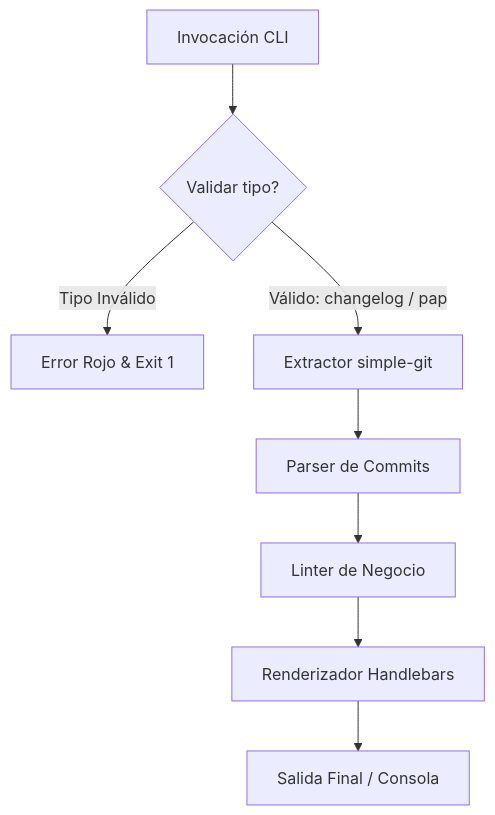
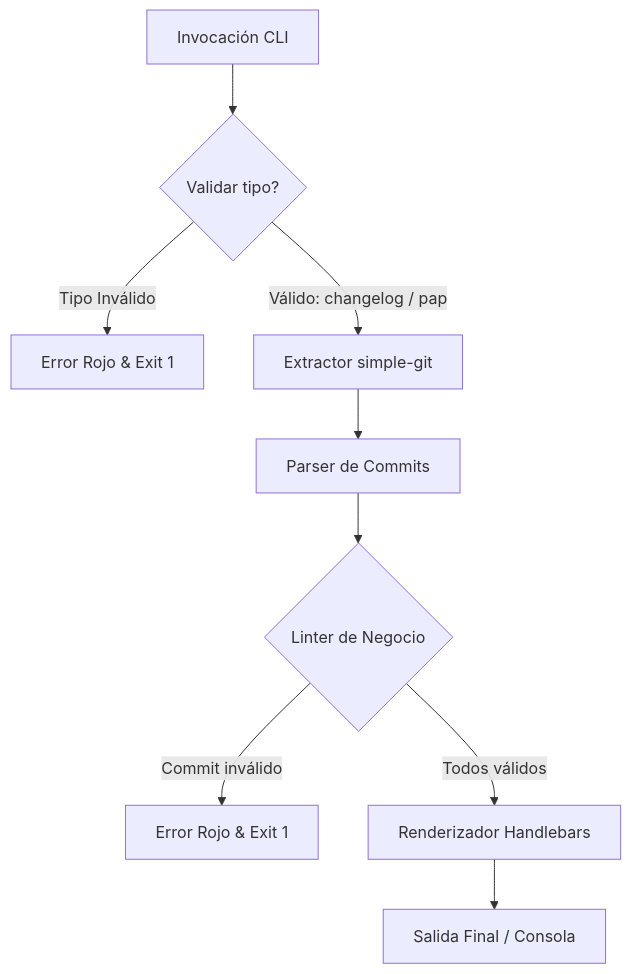
The diagram in README.md (josewebcreator/my-gitdoc), drawn with Mermaid before and after one commit. The commit also changed other lines of this file and 4 other files, not shown here.

````diff
--- a/README.md
+++ b/README.md
@@ -95,10 +169,11 @@
 ```mermaid
 graph TD
     A[Invocación CLI] --> B{Validar tipo?}
-    B -->|Tipo Inválido| C[Error Rojo & Exit 1]
-    B -->|Válido: changelog / pap| D[Extractor simple-git]
+    B --> |Tipo Inválido| C[Error Rojo & Exit 1]
+    B --> |Válido: changelog / pap| D[Extractor simple-git]
     D --> E[Parser de Commits]
-    E --> F[Linter de Negocio]
-    F --> G[Renderizador Handlebars]
-    G --> H[Salida Final / Consola]
+    E --> F{Linter de Negocio}
+    F --> |Commit inválido| G[Error Rojo & Exit 1]
+    F --> |Todos válidos| H[Renderizador Handlebars]
+    H --> I[Salida Final / Consola]
 ```
````
